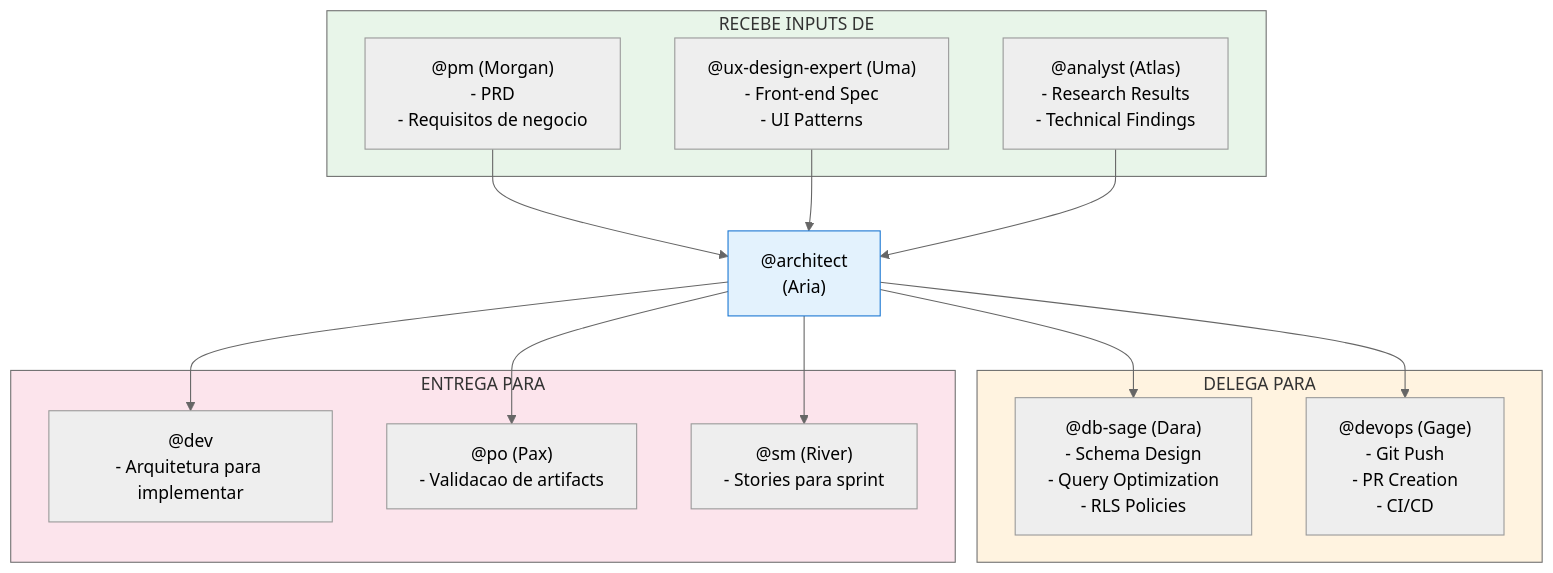
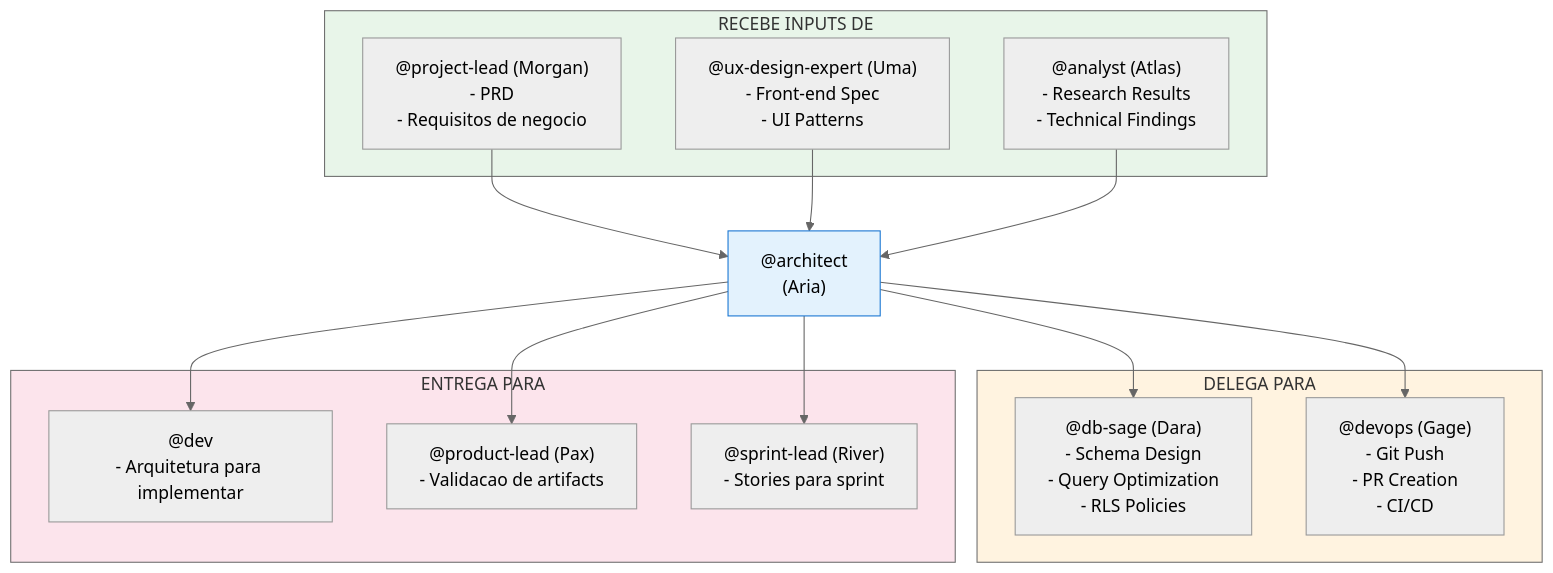
The sixth of 8 diagrams in docs/guides/agents/ARCHITECT-SYSTEM.md (caioimori/sinapse-ai), drawn with Mermaid (neutral theme) before and after one commit. The commit also changed other lines of this file and 873 other files, not shown here.

````diff
--- a/docs/guides/agents/ARCHITECT-SYSTEM.md
+++ b/docs/guides/agents/ARCHITECT-SYSTEM.md
@@ -336,37 +336,37 @@
 ```mermaid
 flowchart TB
     subgraph RECEIVES_FROM["RECEBE INPUTS DE"]
-        PM["@pm (Morgan)\n- PRD\n- Requisitos de negocio"]
+        PM["@project-lead (Morgan)\n- PRD\n- Requisitos de negocio"]
         UX["@ux-design-expert (Uma)\n- Front-end Spec\n- UI Patterns"]
         ANALYST["@analyst (Atlas)\n- Research Results\n- Technical Findings"]
     end
 
     ARCHITECT["@architect\n(Aria)"]
 
     subgraph DELEGATES_TO["DELEGA PARA"]
         DB["@db-sage (Dara)\n- Schema Design\n- Query Optimization\n- RLS Policies"]
         DEVOPS["@devops (Gage)\n- Git Push\n- PR Creation\n- CI/CD"]
     end
 
     subgraph DELIVERS_TO["ENTREGA PARA"]
         DEV["@dev\n- Arquitetura para implementar"]
-        PO["@po (Pax)\n- Validacao de artifacts"]
-        SM["@sm (River)\n- Stories para sprint"]
+        PO["@product-lead (Pax)\n- Validacao de artifacts"]
+        SM["@sprint-lead (River)\n- Stories para sprint"]
     end
 
     PM --> ARCHITECT
     UX --> ARCHITECT
     ANALYST --> ARCHITECT
 
     ARCHITECT --> DB
     ARCHITECT --> DEVOPS
 
     ARCHITECT --> DEV
     ARCHITECT --> PO
     ARCHITECT --> SM
 
     style ARCHITECT fill:#e3f2fd,stroke:#1976d2
     style RECEIVES_FROM fill:#e8f5e9
     style DELEGATES_TO fill:#fff3e0
     style DELIVERS_TO fill:#fce4ec
 ```
````
